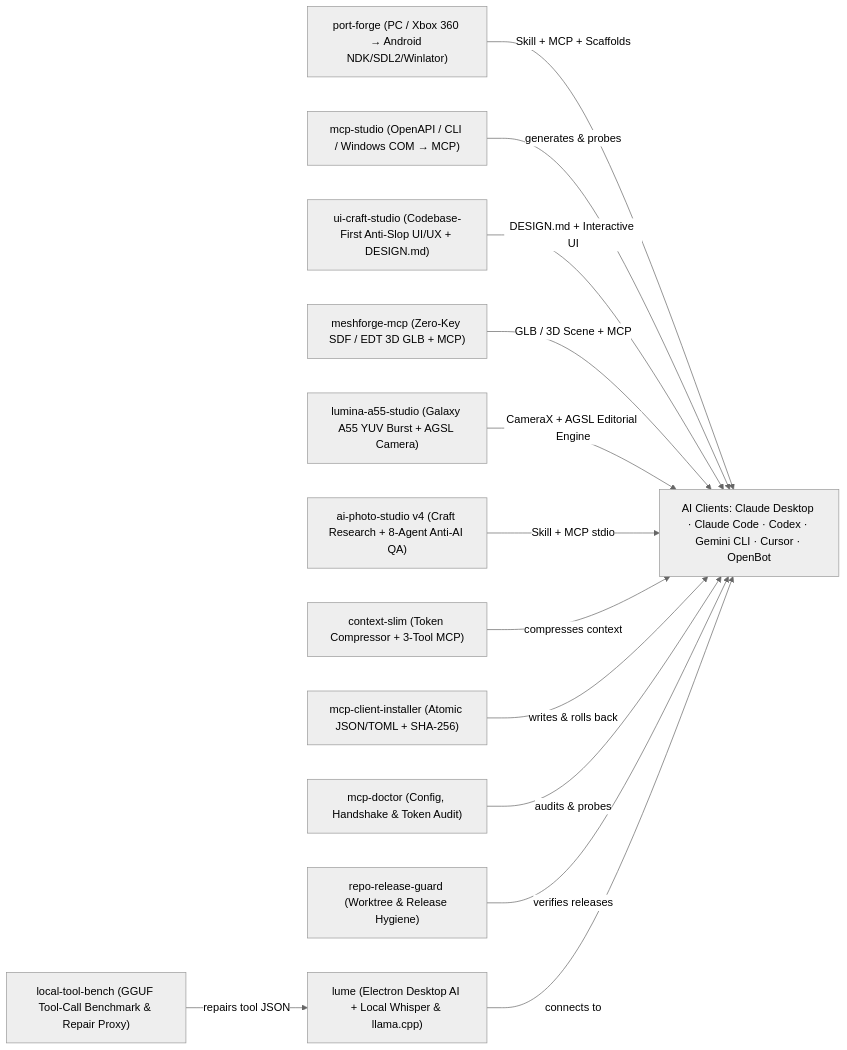
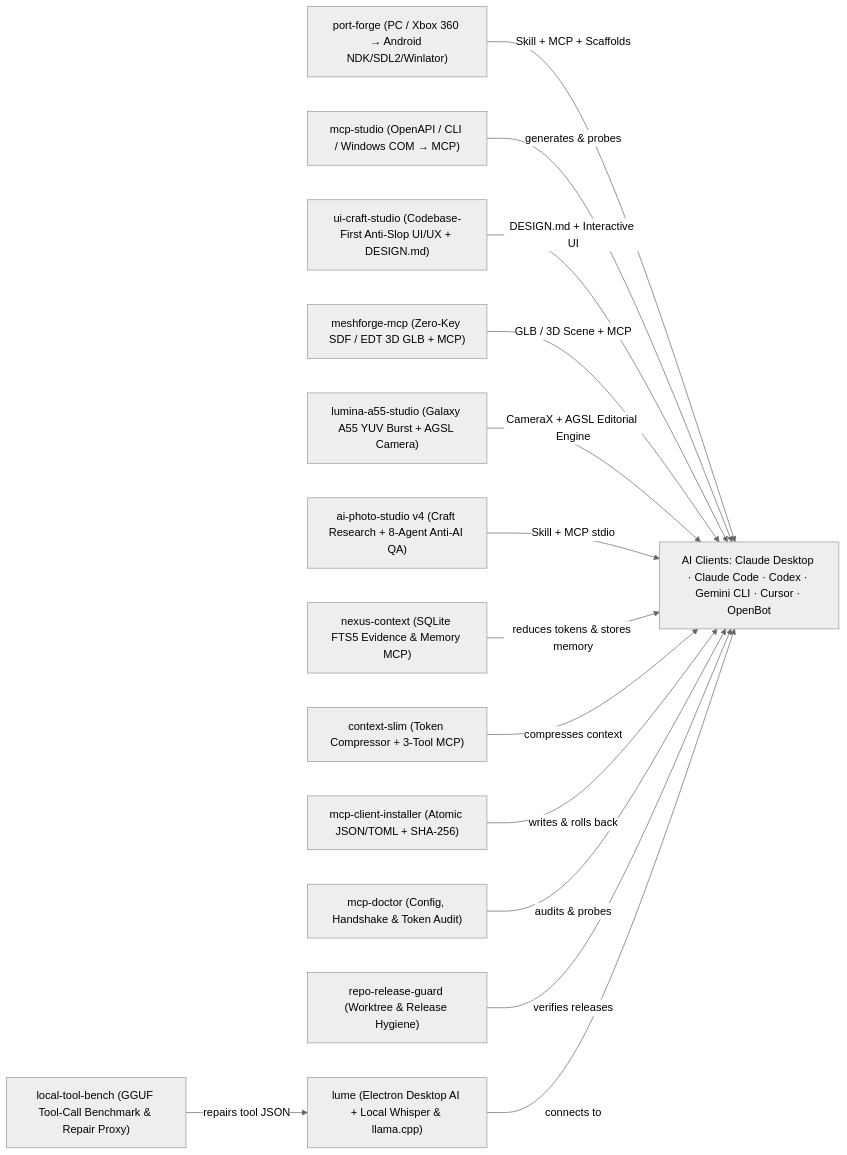
The diagram in README.md (deusbr/deusbr), drawn with Mermaid (neutral theme) before and after one commit. The commit also changed other lines of this file, not shown here.

Commit message:
docs: add nexus-context to profile showcase and architecture

````diff
--- a/README.md
+++ b/README.md
@@ -69,29 +70,31 @@
 ```mermaid
 flowchart LR
   Clients["AI Clients: Claude Desktop · Claude Code · Codex · Gemini CLI · Cursor · OpenBot"]
   PortForge["port-forge (PC / Xbox 360 → Android NDK/SDL2/Winlator)"]
   McpStudio["mcp-studio (OpenAPI / CLI / Windows COM → MCP)"]
   UiCraft["ui-craft-studio (Codebase-First Anti-Slop UI/UX + DESIGN.md)"]
   MeshForge["meshforge-mcp (Zero-Key SDF / EDT 3D GLB + MCP)"]
   LuminaA55["lumina-a55-studio (Galaxy A55 YUV Burst + AGSL Camera)"]
   PhotoStudio["ai-photo-studio v4 (Craft Research + 8-Agent Anti-AI QA)"]
+  NexusContext["nexus-context (SQLite FTS5 Evidence & Memory MCP)"]
   ContextSlim["context-slim (Token Compressor + 3-Tool MCP)"]
   Installer["mcp-client-installer (Atomic JSON/TOML + SHA-256)"]
   Doctor["mcp-doctor (Config, Handshake & Token Audit)"]
   Guard["repo-release-guard (Worktree & Release Hygiene)"]
   Lume["lume (Electron Desktop AI + Local Whisper & llama.cpp)"]
   Bench["local-tool-bench (GGUF Tool-Call Benchmark & Repair Proxy)"]
 
   PortForge -->|"Skill + MCP + Scaffolds"| Clients
   McpStudio -->|"generates & probes"| Clients
   UiCraft -->|"DESIGN.md + Interactive UI"| Clients
   MeshForge -->|"GLB / 3D Scene + MCP"| Clients
   LuminaA55 -->|"CameraX + AGSL Editorial Engine"| Clients
   PhotoStudio -->|"Skill + MCP stdio"| Clients
+  NexusContext -->|"reduces tokens & stores memory"| Clients
   ContextSlim -->|"compresses context"| Clients
   Installer -->|"writes & rolls back"| Clients
   Doctor -->|"audits & probes"| Clients
   Guard -->|"verifies releases"| Clients
   Lume -->|"connects to"| Clients
   Bench -->|"repairs tool JSON"| Lume
 ```
````
